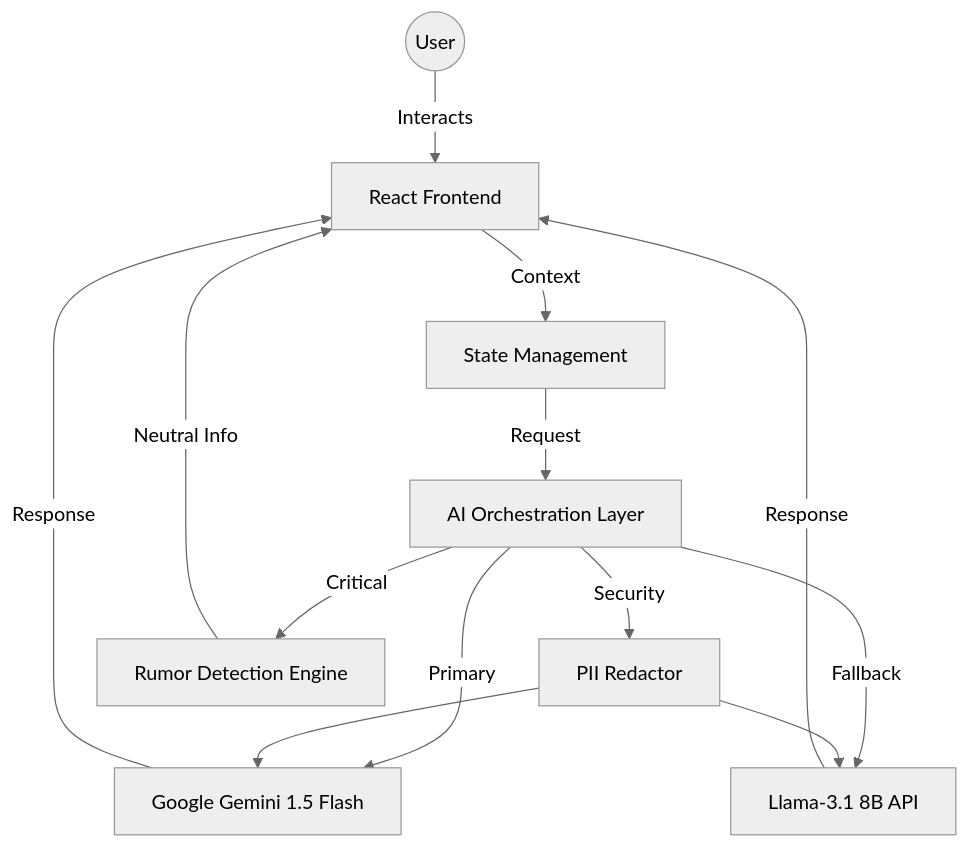
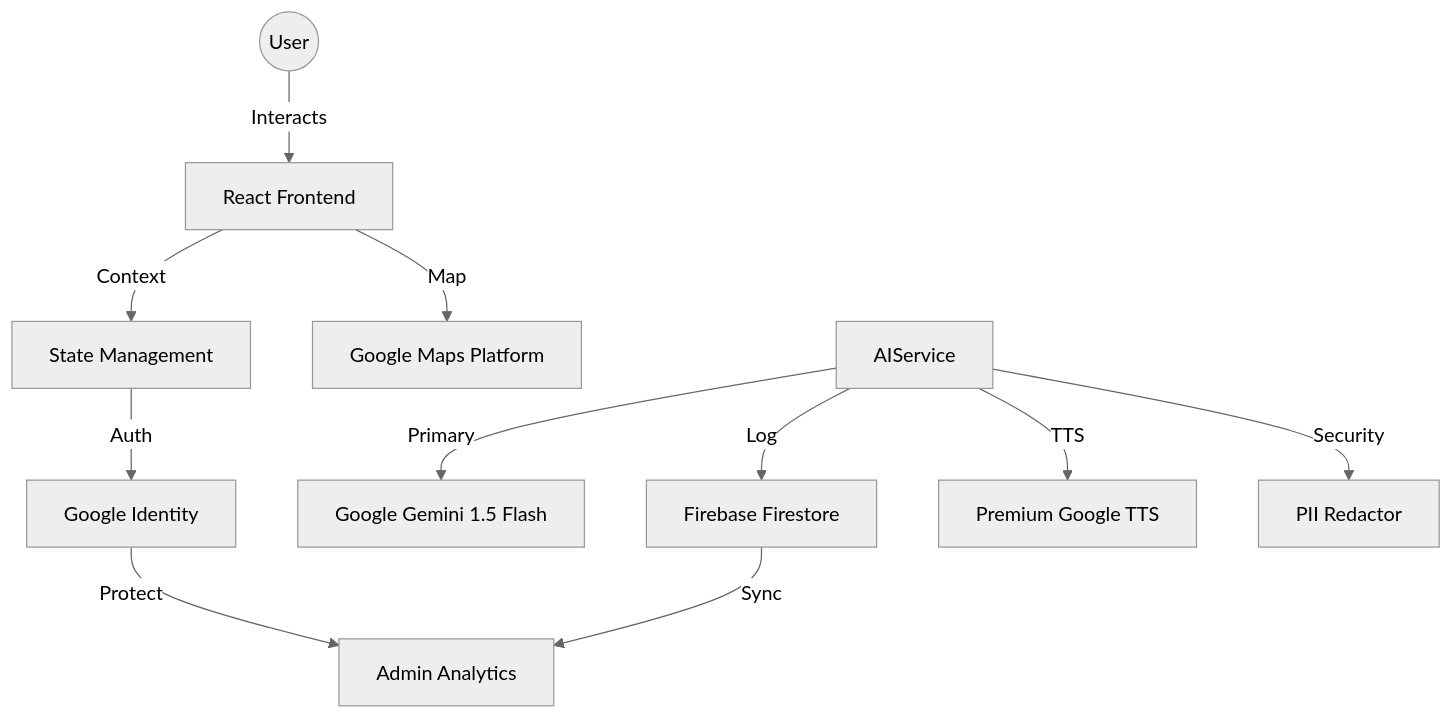
Before and after one commit to Kubojah-Dan/Elections-AI-Agent: the diagram in README.md, drawn with Mermaid (neutral theme). The commit also changed other lines of this file and 14 other files, not shown here.

Commit message:
Improved on Security, added Admin dashboard, and Maps

````diff
--- a/README.md
+++ b/README.md
@@ -28,18 +31,15 @@
 ```mermaid
 graph TD
     User((User)) -->|Interacts| UI[React Frontend]
     UI -->|Context| AppContext[State Management]
-    AppContext -->|Request| AIService[AI Orchestration Layer]
+    AppContext -->|Auth| Firebase_Auth[Google Identity]
+    UI -->|Map| Google_Maps[Google Maps Platform]
     
     AIService -->|Primary| Gemini[Google Gemini 1.5 Flash]
-    AIService -->|Fallback| Groq[Llama-3.1 8B API]
+    AIService -->|Log| Firestore[Firebase Firestore]
+    AIService -->|TTS| Cloud_TTS[Premium Google TTS]
     AIService -->|Security| PII_Redactor[PII Redactor]
-    AIService -->|Critical| RumorDetect[Rumor Detection Engine]
     
-    PII_Redactor --> Gemini
-    PII_Redactor --> Groq
-    
-    RumorDetect -->|Neutral Info| UI
-    Gemini -->|Response| UI
-    Groq -->|Response| UI
+    Firestore -->|Sync| Admin_Dashboard[Admin Analytics]
+    Firebase_Auth -->|Protect| Admin_Dashboard
 ```
````
